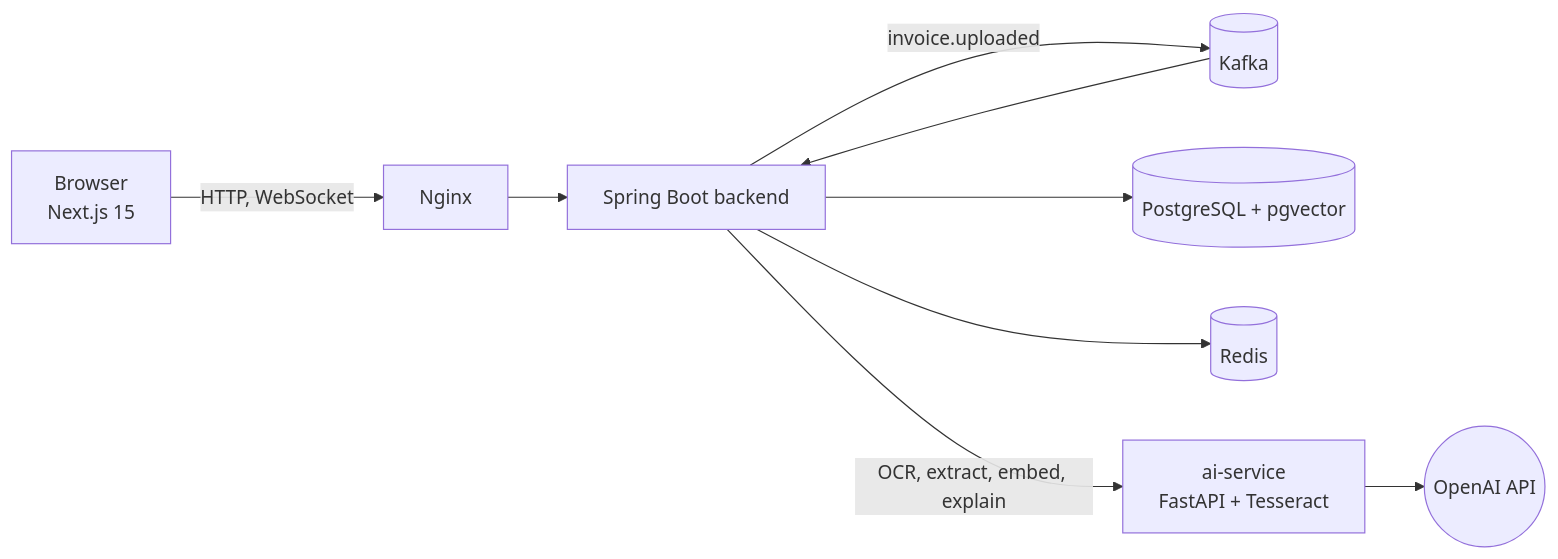
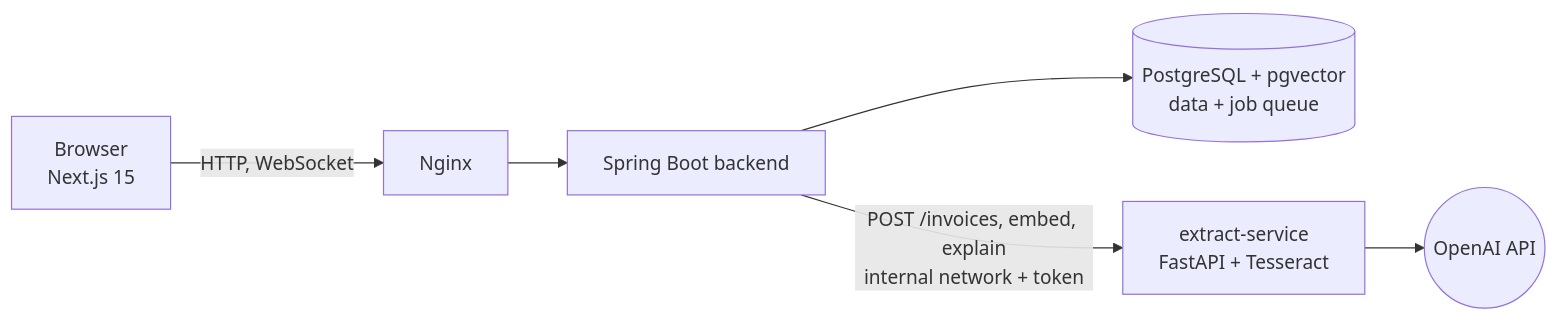
One commit to maxprogerit/InvoiceMind-AI changed the diagram in README.md. Above: the diagram before and after it, drawn with Mermaid. The commit also changed other lines of this file and 214 other files, not shown here.

````diff
--- a/README.md
+++ b/README.md
@@ -117,11 +116,8 @@
 ```mermaid
 flowchart LR
   U[Browser<br/>Next.js 15] -->|HTTP, WebSocket| N[Nginx]
   N --> B[Spring Boot backend]
-  B -->|invoice.uploaded| K[(Kafka)]
-  K --> B
-  B --> P[(PostgreSQL + pgvector)]
-  B --> R[(Redis)]
-  B -->|OCR, extract, embed, explain| A[ai-service<br/>FastAPI + Tesseract]
+  B --> P[(PostgreSQL + pgvector<br/>data + job queue)]
+  B -->|"POST /invoices, embed, explain<br/>internal network + token"| A[extract-service<br/>FastAPI + Tesseract]
   A --> O((OpenAI API))
 ```
````
